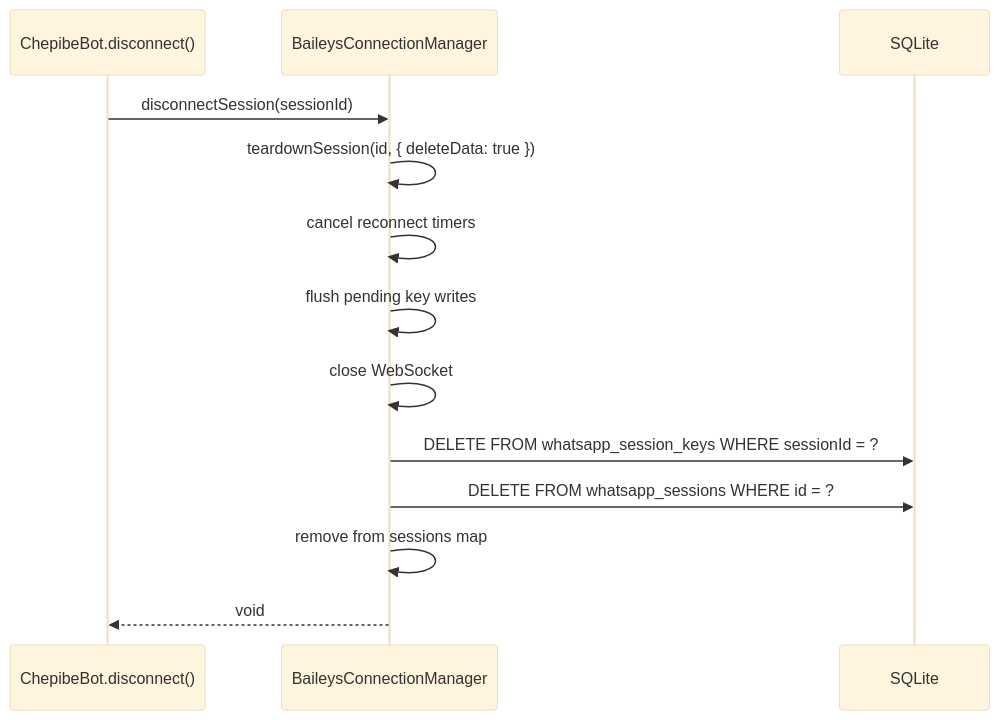
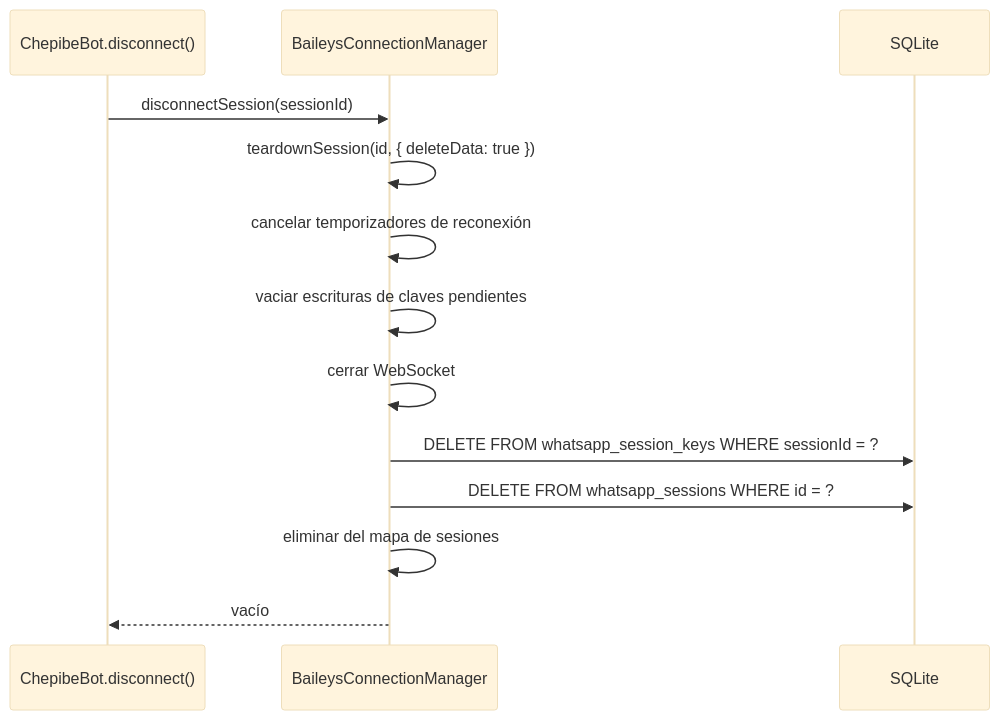
One commit to Fibra-Labs/chepibe-personal changed the seventh of 9 diagrams in docs/whatsapp-session-lifecycle.md. Above: the diagram before and after it, drawn with Mermaid (base theme). The commit also changed other lines of this file and 8 other files, not shown here.

````diff
--- a/docs/whatsapp-session-lifecycle.md
+++ b/docs/whatsapp-session-lifecycle.md
@@ -169,16 +169,16 @@
 ```mermaid
 sequenceDiagram
     participant BOT as ChepibeBot.disconnect()
     participant MGR as BaileysConnectionManager
     participant DB as SQLite
 
     BOT->>MGR: disconnectSession(sessionId)
     MGR->>MGR: teardownSession(id, { deleteData: true })
-    MGR->>MGR: cancel reconnect timers
-    MGR->>MGR: flush pending key writes
-    MGR->>MGR: close WebSocket
+    MGR->>MGR: cancelar temporizadores de reconexión
+    MGR->>MGR: vaciar escrituras de claves pendientes
+    MGR->>MGR: cerrar WebSocket
     MGR->>DB: DELETE FROM whatsapp_session_keys WHERE sessionId = ?
     MGR->>DB: DELETE FROM whatsapp_sessions WHERE id = ?
-    MGR->>MGR: remove from sessions map
-    MGR-->>BOT: void
+    MGR->>MGR: eliminar del mapa de sesiones
+    MGR-->>BOT: vacío
 ```
````
